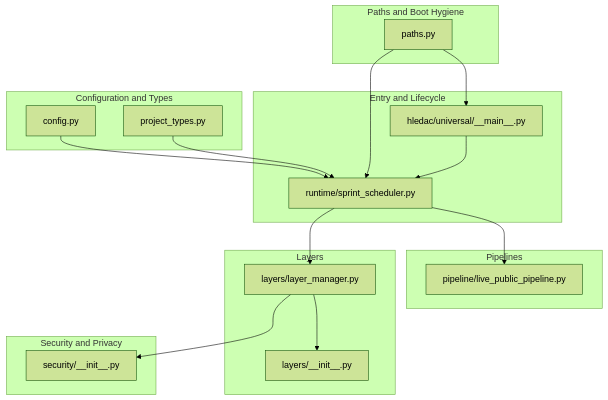
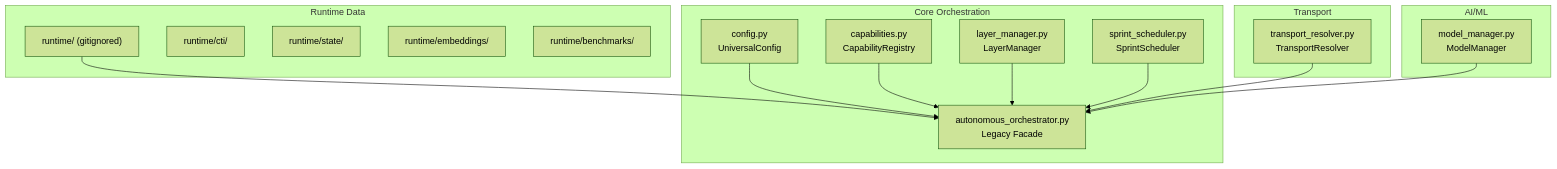
The first of 10 diagrams in .qoder/repowiki/en/content/Project Overview/Project Overview.md (Hamulda/hledac-universal), drawn with Mermaid (forest theme) before and after one commit. The commit also changed other lines of this file and 236 other files, not shown here.

Commit message:
feat: F234 prelive gate, acquisition strategy and sprint scheduler improvements

````diff
--- a/.qoder/repowiki/en/content/Project Overview/Project Overview.md
+++ b/.qoder/repowiki/en/content/Project Overview/Project Overview.md
@@ -50,33 +58,30 @@
 ```mermaid
 graph TB
-subgraph "Entry and Lifecycle"
-MAIN["hledac/universal/__main__.py"]
-SCHED["runtime/sprint_scheduler.py"]
+subgraph "Runtime Data"
+RT["runtime/ (gitignored)"]
+CTI["runtime/cti/"]
+STATE["runtime/state/"]
+EMB["runtime/embeddings/"]
+BMK["runtime/benchmarks/"]
 end
-subgraph "Configuration and Types"
-CFG["config.py"]
-TYPES["project_types.py"]
+subgraph "Core Orchestration"
+CFG["config.py<br/>UniversalConfig"]
+CAP["capabilities.py<br/>CapabilityRegistry"]
+LAY["layer_manager.py<br/>LayerManager"]
+ORC["autonomous_orchestrator.py<br/>Legacy Facade"]
+SCH["sprint_scheduler.py<br/>SprintScheduler"]
 end
-subgraph "Paths and Boot Hygiene"
-PATHS["paths.py"]
+subgraph "Transport"
+TR["transport_resolver.py<br/>TransportResolver"]
 end
-subgraph "Pipelines"
-PUBPIPE["pipeline/live_public_pipeline.py"]
+subgraph "AI/ML"
+MM["model_manager.py<br/>ModelManager"]
 end
-subgraph "Layers"
-LAYERS_INIT["layers/__init__.py"]
-LMAN["layers/layer_manager.py"]
-end
-subgraph "Security and Privacy"
-SECINIT["security/__init__.py"]
-end
-MAIN --> SCHED
-CFG --> SCHED
-TYPES --> SCHED
-PATHS --> MAIN
-PATHS --> SCHED
-LMAN --> LAYERS_INIT
-SCHED --> PUBPIPE
-SCHED --> LMAN
-LMAN --> SECINIT
+RT --> ORC
+CFG --> ORC
+CAP --> ORC
+LAY --> ORC
+TR --> ORC
+MM --> ORC
+SCH --> ORC
 ```
````
